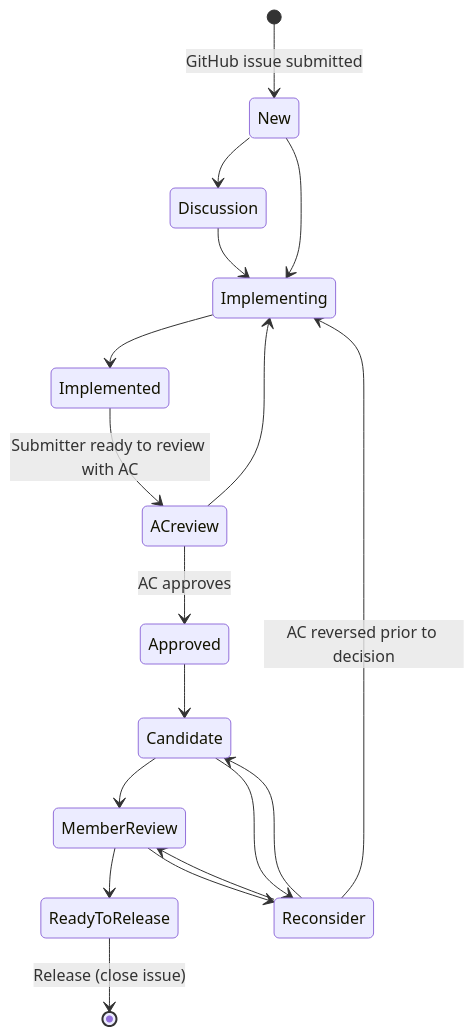
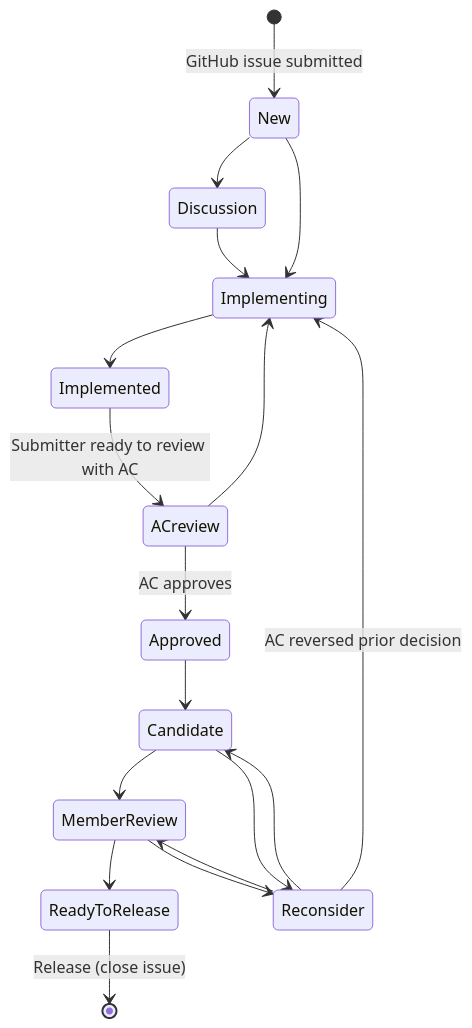
The diagram in README.md (ADAPT/Standard), drawn with Mermaid before and after one commit. The commit also changed other lines of this file, not shown here.

Commit message:
Update README.md
Fixed error in `Reconsider` → `Implementing` transition text.

````diff
--- a/README.md
+++ b/README.md
@@ -13,20 +13,20 @@
 ```mermaid
 stateDiagram-v2
         [*] --> New: GitHub issue submitted
         New --> Discussion
         New --> Implementing
         Discussion --> Implementing
         Implementing --> Implemented
         Implemented --> ACreview: Submitter ready to review with AC
         ACreview --> Implementing
         ACreview --> Approved: AC approves
         Approved --> Candidate
         Candidate --> MemberReview
         Candidate --> Reconsider
         Reconsider --> Candidate
         MemberReview --> ReadyToRelease
         MemberReview --> Reconsider
         Reconsider --> MemberReview
-        Reconsider --> Implementing: AC reversed prior to decision
+        Reconsider --> Implementing: AC reversed prior decision
         ReadyToRelease --> [*]: Release (close issue)
 ```
````
